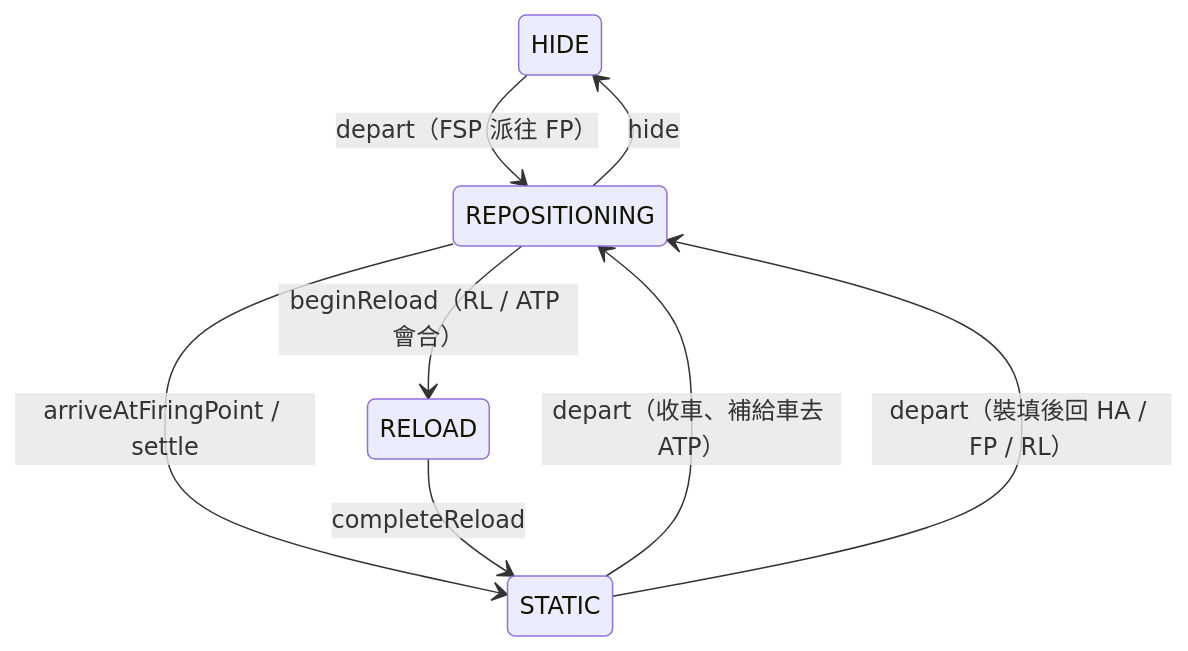
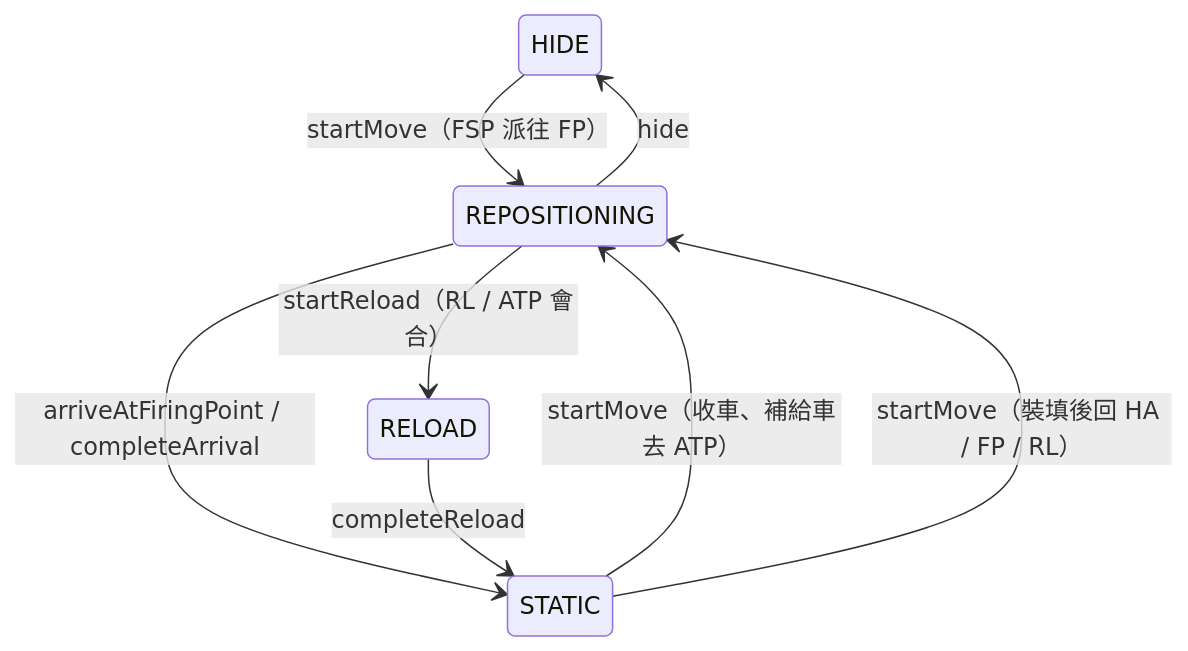
Before and after one commit to pullupjumper/formosa-in-flames: the diagram in docs/missileSystem/transitions.md, drawn with Mermaid. The commit also changed other lines of this file and 41 other files, not shown here.

````diff
--- a/docs/missileSystem/transitions.md
+++ b/docs/missileSystem/transitions.md
@@ -25,10 +25,10 @@
 ```mermaid
 stateDiagram-v2
-    HIDE --> REPOSITIONING: depart（FSP 派往 FP）
-    REPOSITIONING --> STATIC: arriveAtFiringPoint / settle
-    STATIC --> REPOSITIONING: depart（收車、補給車去 ATP）
-    REPOSITIONING --> RELOAD: beginReload（RL / ATP 會合）
+    HIDE --> REPOSITIONING: startMove（FSP 派往 FP）
+    REPOSITIONING --> STATIC: arriveAtFiringPoint / completeArrival
+    STATIC --> REPOSITIONING: startMove（收車、補給車去 ATP）
+    REPOSITIONING --> RELOAD: startReload（RL / ATP 會合）
     RELOAD --> STATIC: completeReload
-    STATIC --> REPOSITIONING: depart（裝填後回 HA / FP / RL）
+    STATIC --> REPOSITIONING: startMove（裝填後回 HA / FP / RL）
     REPOSITIONING --> HIDE: hide
 ```
````
